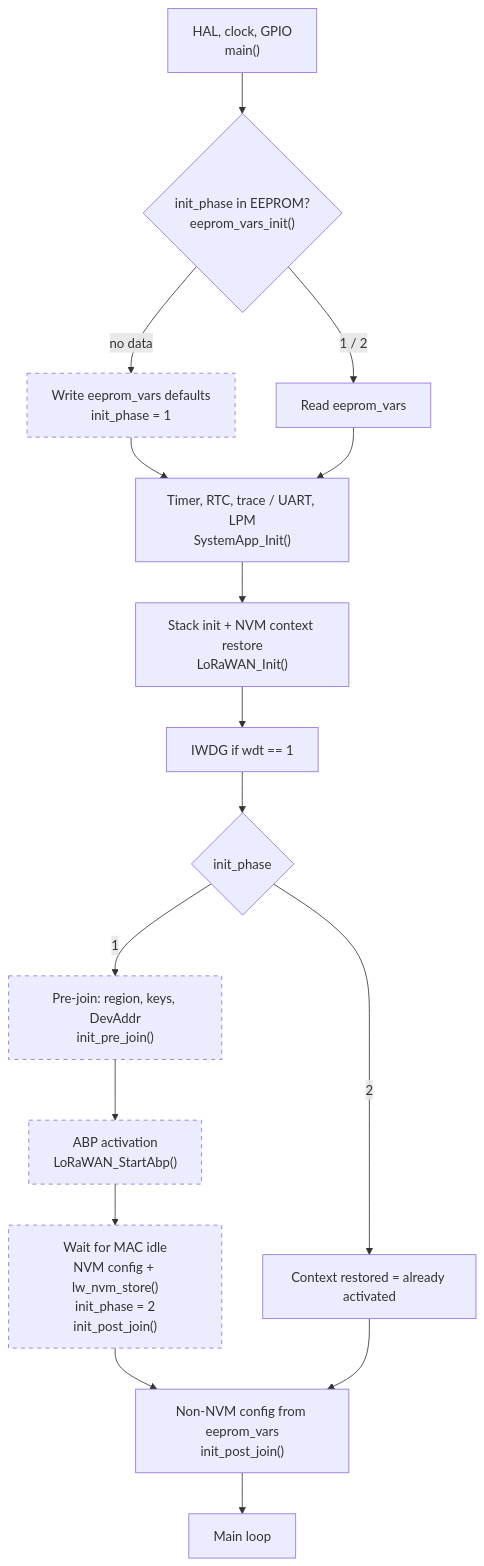
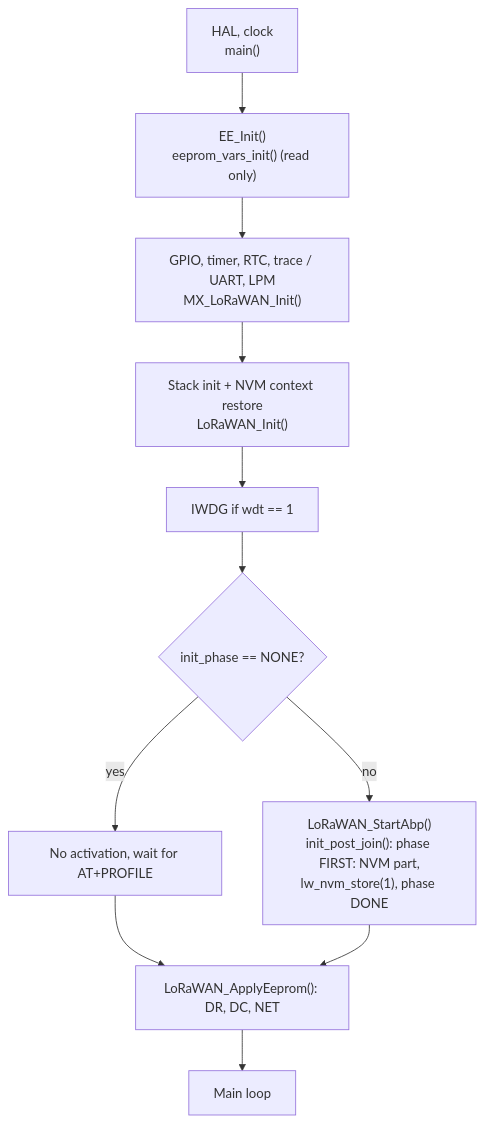
The diagram in docs/boot.md (davidpesek-inset/loraE5FW), drawn with Mermaid before and after one commit. The commit also changed other lines of this file and 32 other files, not shown here.

Commit message:
Added E5 LoRaWAN profiles AT command functionality. Currently supported profiles are Inset ABP and EU868 ABP

````diff
--- a/docs/boot.md
+++ b/docs/boot.md
@@ -40,19 +80,13 @@
 ```mermaid
 flowchart TD
-  A["HAL, clock, GPIO<br/>main()"] --> B{"init_phase in EEPROM?<br/>eeprom_vars_init()"}
-  B -- no data --> C["Write eeprom_vars defaults<br/>init_phase = 1"]:::first
-  B -- "1 / 2" --> D["Read eeprom_vars"]
-  C --> E
-  D --> E["Timer, RTC, trace / UART, LPM<br/>SystemApp_Init()"]
-  E --> F["Stack init + NVM context restore<br/>LoRaWAN_Init()"]
-  F --> G["IWDG if wdt == 1"]
-  G --> H{"init_phase"}
-  H -- 1 --> I["Pre-join: region, keys, DevAddr<br/>init_pre_join()"]:::first
-  I --> J["ABP activation<br/>LoRaWAN_StartAbp()"]:::first
-  J --> K["Wait for MAC idle<br/>NVM config + lw_nvm_store()<br/>init_phase = 2<br/>init_post_join()"]:::first
-  H -- 2 --> L["Context restored = already activated"]
-  K --> M["Non-NVM config from eeprom_vars<br/>init_post_join()"]
-  L --> M
-  M --> N["Main loop"]
-  classDef first stroke-dasharray: 5 5
+  A["HAL, clock<br/>main()"] --> B["EE_Init()<br/>eeprom_vars_init() (read only)"]
+  B --> F["GPIO, timer, RTC, trace / UART, LPM<br/>MX_LoRaWAN_Init()"]
+  F --> G["Stack init + NVM context restore<br/>LoRaWAN_Init()"]
+  G --> H["IWDG if wdt == 1"]
+  H --> I{"init_phase == NONE?"}
+  I -- yes --> N["No activation, wait for AT+PROFILE"]
+  I -- no --> K["LoRaWAN_StartAbp()<br/>init_post_join(): phase FIRST: NVM part,<br/>lw_nvm_store(1), phase DONE"]
+  N --> M["LoRaWAN_ApplyEeprom(): DR, DC, NET"]
+  K --> M
+  M --> L["Main loop"]
 ```
````
